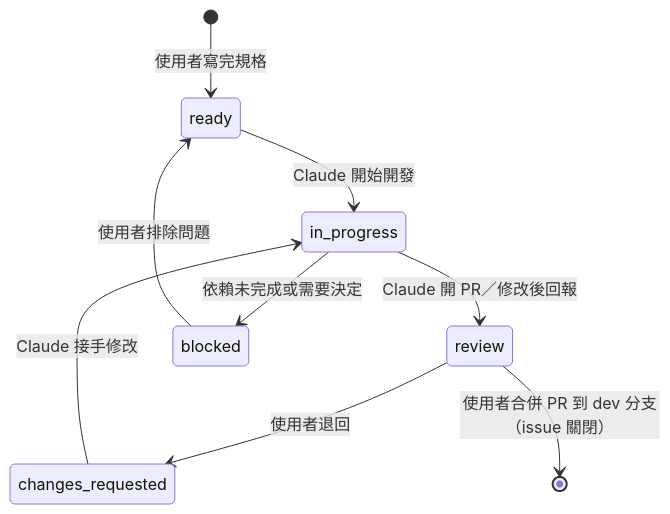
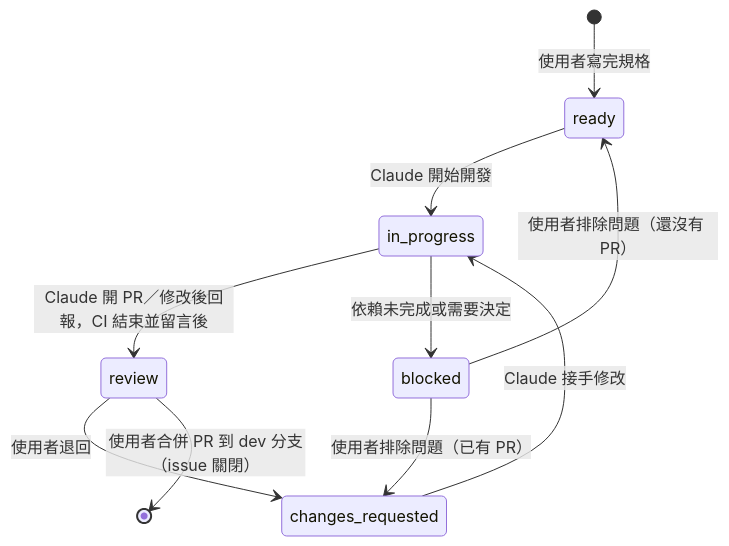
Before and after one commit to 17-Tarkov-WYA/tarkov-wya: the second of 2 diagrams in docs/workflow.md, drawn with Mermaid. The commit also changed other lines of this file and 1 other file, not shown here.

````diff
--- a/docs/workflow.md
+++ b/docs/workflow.md
@@ -63,11 +63,12 @@
 ```mermaid
 stateDiagram-v2
     [*] --> ready: 使用者寫完規格
     ready --> in_progress: Claude 開始開發
-    in_progress --> review: Claude 開 PR／修改後回報
+    in_progress --> review: Claude 開 PR／修改後回報，CI 結束並留言後
     review --> changes_requested: 使用者退回
     changes_requested --> in_progress: Claude 接手修改
     review --> [*]: 使用者合併 PR 到 dev 分支（issue 關閉）
     in_progress --> blocked: 依賴未完成或需要決定
-    blocked --> ready: 使用者排除問題
+    blocked --> ready: 使用者排除問題（還沒有 PR）
+    blocked --> changes_requested: 使用者排除問題（已有 PR）
 ```
````
